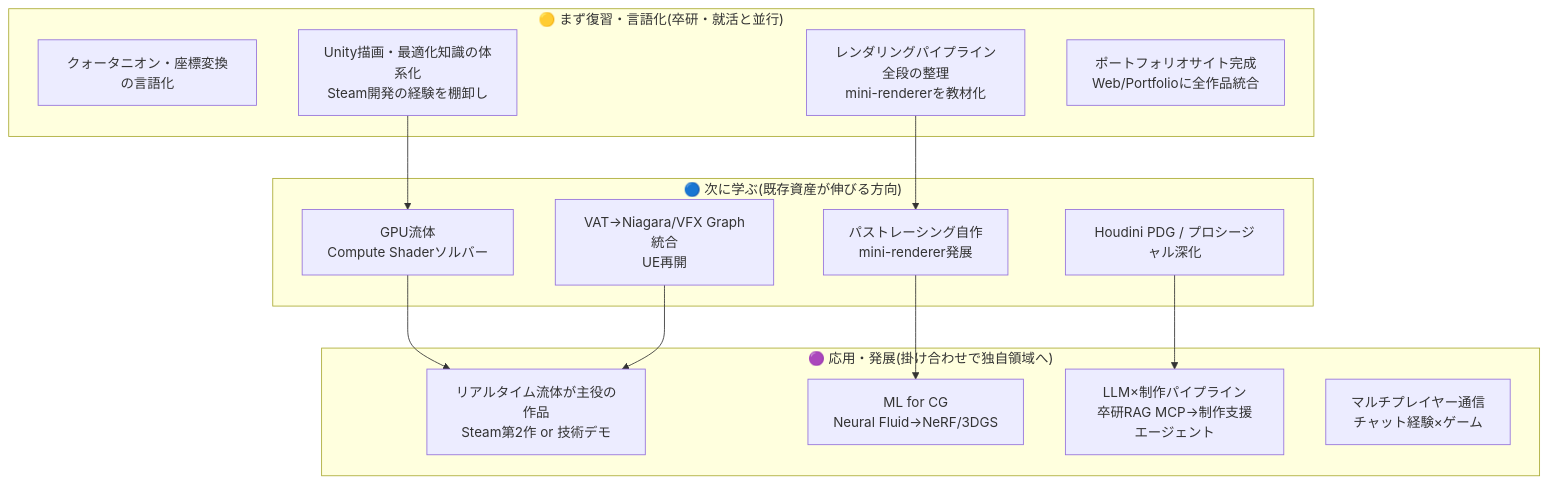
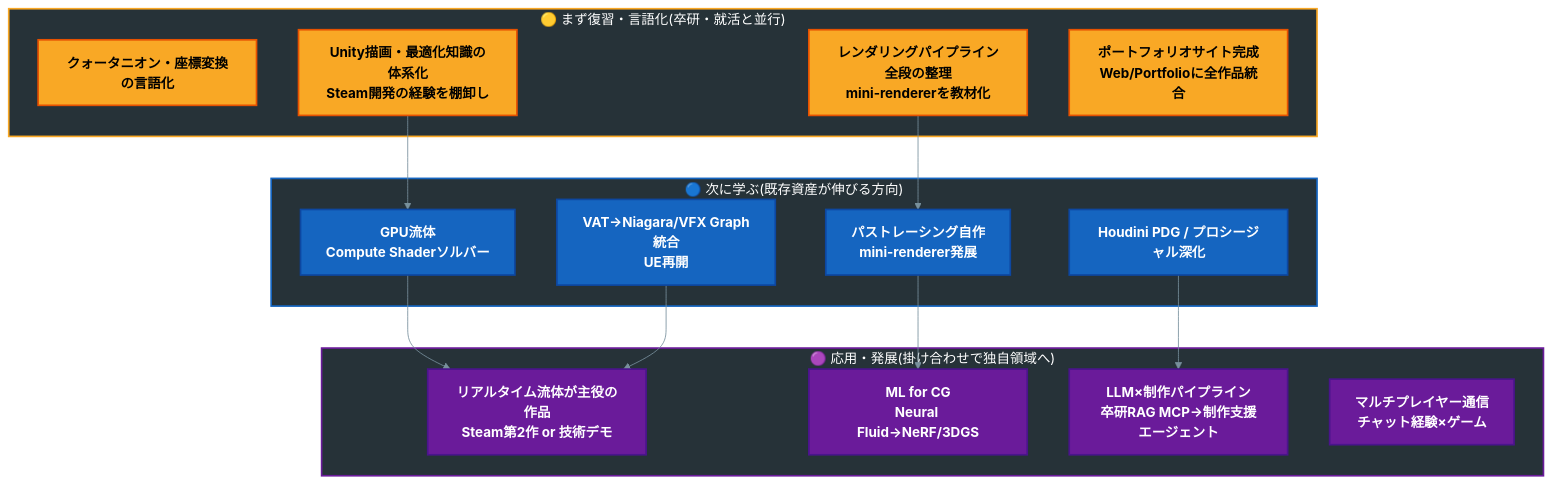
Diagram 12 of 13 in README.md (manato1201/manato1201), drawn with Mermaid before and after one commit. The commit also changed other lines of this file, not shown here.

````diff
--- a/README.md
+++ b/README.md
@@ -372,30 +387,39 @@
 ```mermaid
+%%{init: {'themeVariables': {'primaryColor':'#37474f','primaryTextColor':'#ffffff','primaryBorderColor':'#263238','lineColor':'#78909c','fontSize':'16px'}}}%%
 flowchart TB
     subgraph NOW["🟡 まず復習・言語化(卒研・就活と並行)"]
-        Y1[クォータニオン・座標変換の言語化]
-        Y2[レンダリングパイプライン全段の整理<br>mini-rendererを教材化]
-        Y3[Unity描画・最適化知識の体系化<br>Steam開発の経験を棚卸し]
-        Y4[ポートフォリオサイト完成<br>Web/Portfolioに全作品統合]
+        Y1[クォータニオン・座標変換の言語化]:::review
+        Y2[レンダリングパイプライン全段の整理<br>mini-rendererを教材化]:::review
+        Y3[Unity描画・最適化知識の体系化<br>Steam開発の経験を棚卸し]:::review
+        Y4[ポートフォリオサイト完成<br>Web/Portfolioに全作品統合]:::review
     end
 
     subgraph NEXT["🔵 次に学ぶ(既存資産が伸びる方向)"]
-        B1[GPU流体<br>Compute Shaderソルバー]
-        B2[パストレーシング自作<br>mini-renderer発展]
-        B3[VAT→Niagara/VFX Graph統合<br>UE再開]
-        B4[Houdini PDG / プロシージャル深化]
+        B1[GPU流体<br>Compute Shaderソルバー]:::next
+        B2[パストレーシング自作<br>mini-renderer発展]:::next
+        B3[VAT→Niagara/VFX Graph統合<br>UE再開]:::next
+        B4[Houdini PDG / プロシージャル深化]:::next
     end
 
     subgraph ADV["🟣 応用・発展(掛け合わせで独自領域へ)"]
-        P1[リアルタイム流体が主役の作品<br>Steam第2作 or 技術デモ]
-        P2[ML for CG<br>Neural Fluid→NeRF/3DGS]
-        P3[LLM×制作パイプライン<br>卒研RAG MCP→制作支援エージェント]
-        P4[マルチプレイヤー通信<br>チャット経験×ゲーム]
+        P1[リアルタイム流体が主役の作品<br>Steam第2作 or 技術デモ]:::adv
+        P2[ML for CG<br>Neural Fluid→NeRF/3DGS]:::adv
+        P3[LLM×制作パイプライン<br>卒研RAG MCP→制作支援エージェント]:::adv
+        P4[マルチプレイヤー通信<br>チャット経験×ゲーム]:::adv
     end
 
     Y2 --> B2
     Y3 --> B1
     B1 --> P1
     B2 --> P2
     B3 --> P1
     B4 --> P3
+
+    classDef done fill:#2e7d32,stroke:#1b5e20,stroke-width:2px,color:#ffffff,font-weight:bold
+    classDef review fill:#f9a825,stroke:#e65100,stroke-width:2px,color:#000000,font-weight:bold
+    classDef next fill:#1565c0,stroke:#0d47a1,stroke-width:2px,color:#ffffff,font-weight:bold
+    classDef adv fill:#6a1b9a,stroke:#4a148c,stroke-width:2px,color:#ffffff,font-weight:bold
+    style NOW fill:#263238,stroke:#f9a825,stroke-width:2px,color:#ffffff
+    style NEXT fill:#263238,stroke:#1565c0,stroke-width:2px,color:#ffffff
+    style ADV fill:#263238,stroke:#6a1b9a,stroke-width:2px,color:#ffffff
 ```
````
